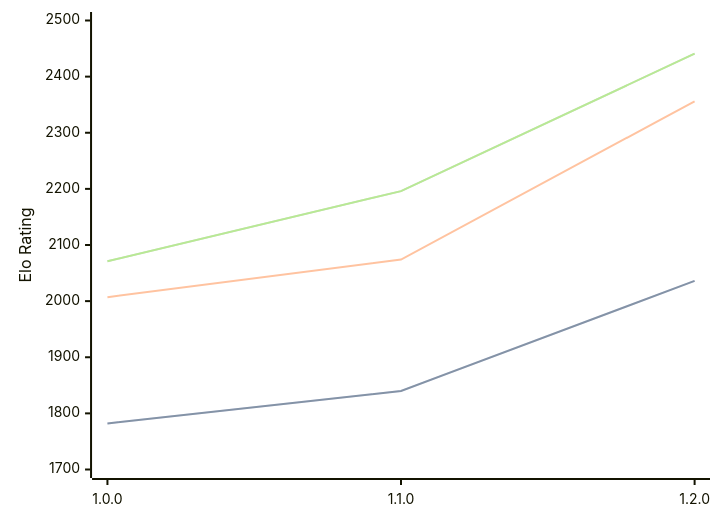
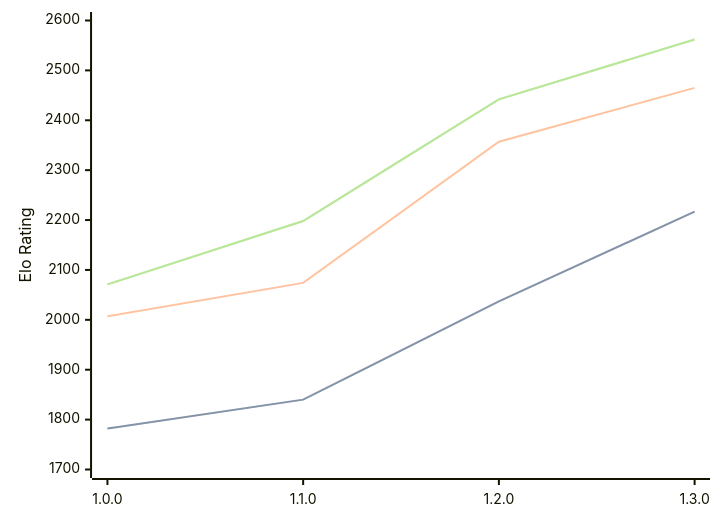
One commit to computer-chess-index/cci changed the diagram in engines/Anodos.md. Above: the diagram before and after it, drawn with Mermaid. The commit also changed other lines of this file, not shown here.

Commit message:
Update CCI Ratings (ELO VLTC) - 2026-02-17

````diff
--- a/engines/Anodos.md
+++ b/engines/Anodos.md
@@ -41,11 +42,11 @@
 ```mermaid
 %%{init: {"theme":"base","themeVariables":{"seriesColors:['#a3a3a3','#222221','#faa371']}}}%%
 xychart-beta
-  x-axis ["1.0.0", "1.1.0", "1.2.0"]
-  y-axis "Elo Rating" 1700 --> 2500
-  line "STC (8.0+0.08s)" [1782, 1840, 2036]
-  line "STC (8.0+0.08s)" [1782, 1840, 2036]
-  line "LTC (60.0+0.60s)" [2007, 2074, 2356]
-  line "VLTC (2m24s+1.12s)" [2071, 2196, 2441]
-  line "VLTC (2m24s+1.12s)" [2071, 2196, 2441]
+  x-axis ["1.0.0", "1.1.0", "1.2.0", "1.3.0"]
+  y-axis "Elo Rating" 1700 --> 2600
+  line "STC (8.0+0.08s)" [1782, 1840, 2037, 2217]
+  line "STC (8.0+0.08s)" [1782, 1840, 2037, 2217]
+  line "LTC (60.0+0.60s)" [2007, 2074, 2357, 2465]
+  line "VLTC (2m24s+1.12s)" [2071, 2198, 2442, 2562]
+  line "VLTC (2m24s+1.12s)" [2071, 2198, 2442, 2562]
 ```
````
